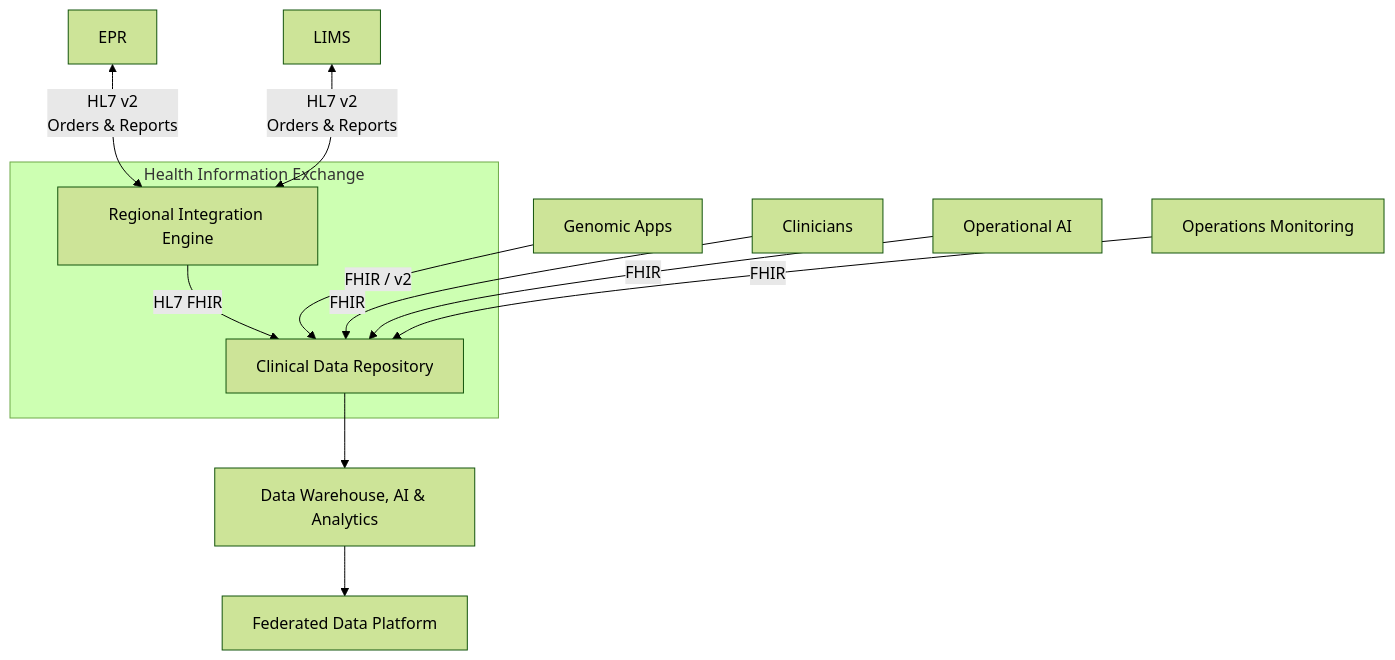
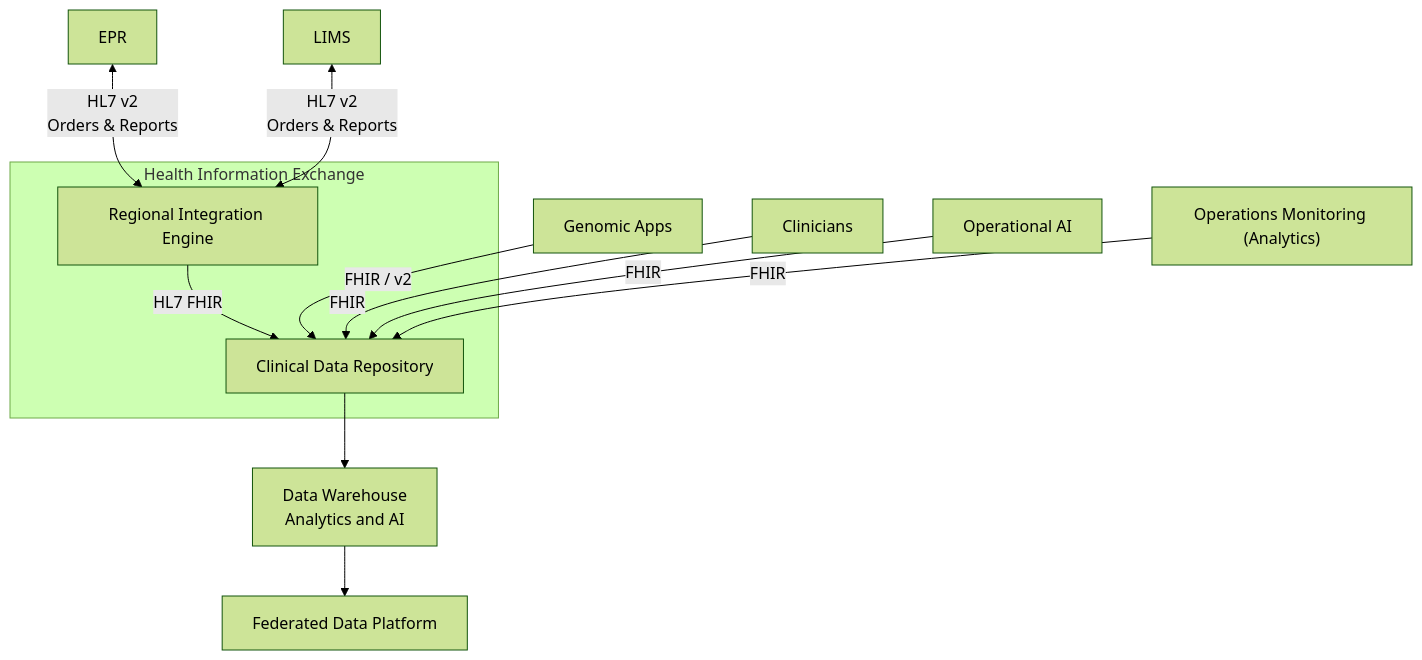
One commit to uk-gov-mirror/nw-gmsa.nw-gmsa.github.com changed the first of 2 diagrams in input/pagecontent/data-contracts.md. Above: the diagram before and after it, drawn with Mermaid (forest theme).

Commit message:
Wording change

````diff
--- a/input/pagecontent/data-contracts.md
+++ b/input/pagecontent/data-contracts.md
@@ -4,17 +4,17 @@
 ```mermaid
 graph TD
     EHR[EPR] <--> |HL7 v2<br/>Orders & Reports| RIE
     LIMS[LIMS] <--> |HL7 v2<br/>Orders & Reports| RIE
 
     subgraph HIE["Health Information Exchange"]
         RIE[Regional Integration Engine] --> |HL7 FHIR| CDR[Clinical Data Repository]
     end
 
     GA[Genomic Apps] --> |FHIR / v2| CDR
     Clinician[Clinicians] --> |FHIR| CDR
     AI[Operational AI] --> |FHIR| CDR
-    Ops[Operations Monitoring] --> |FHIR| CDR
+    Ops["Operations Monitoring (Analytics)"] --> |FHIR| CDR
 
-    CDR --> OLAP[Data Warehouse, AI & Analytics]
+    CDR --> OLAP[Data Warehouse<br/>Analytics and AI]
     OLAP --> FDP[Federated Data Platform]
 ```
````
